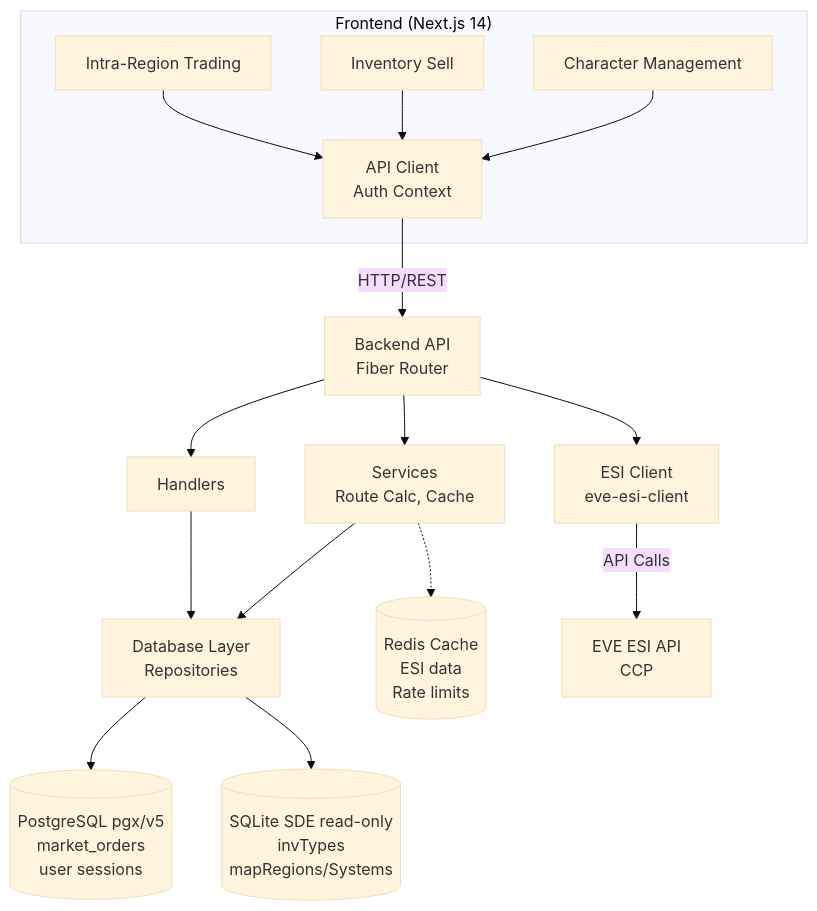
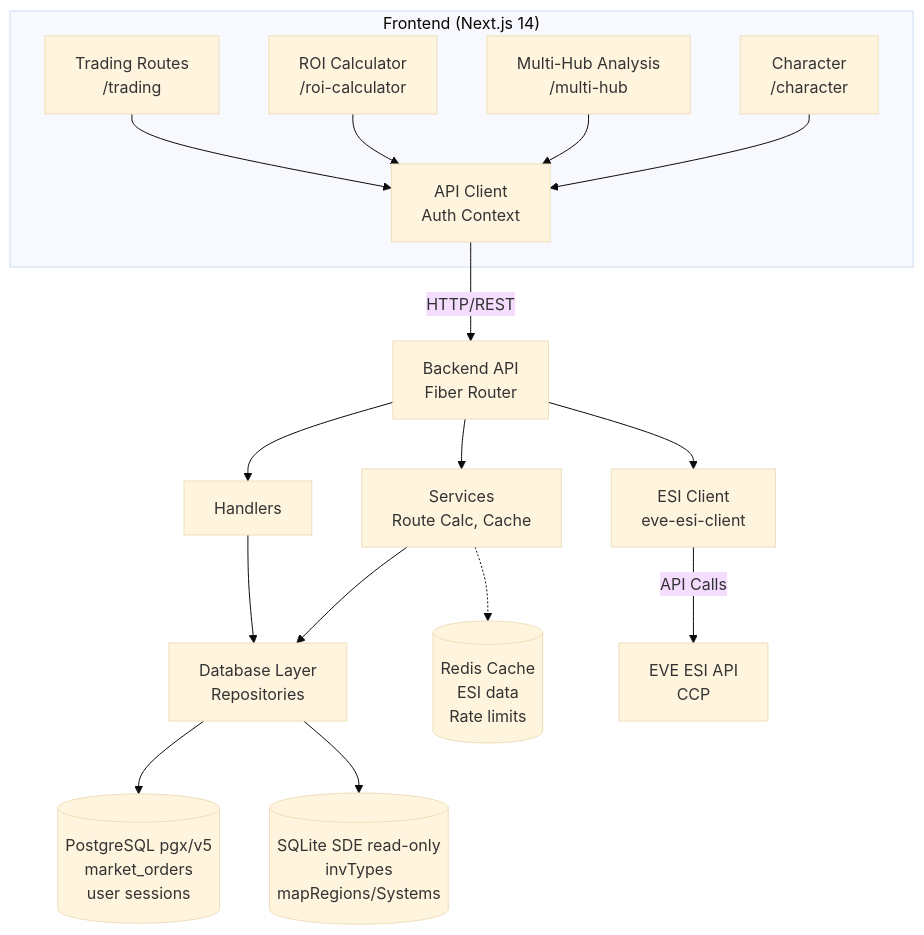
One commit to Sternrassler/eve-o-provit changed the first of 2 diagrams in docs/ARCHITECTURE.md. Above: the diagram before and after it, drawn with Mermaid (base theme).

Commit message:
docs: aktualisiere Frontend-Features im Architektur-Diagramm
Entfernt (zurückgebaut):
- Inventory Sell

Aktualisiert:
- Trading Routes (/trading)
- ROI Calculator (/roi-calculator)
- Multi-Hub Analysis (/multi-hub)
- Character (/character)

Spiegelt aktuelle Frontend-Struktur wider.

````diff
--- a/docs/ARCHITECTURE.md
+++ b/docs/ARCHITECTURE.md
@@ -18,26 +18,28 @@
 ```mermaid
 graph TB
     subgraph Frontend["Frontend (Next.js 14)"]
-        IntraRegion[Intra-Region Trading]
-        InventorySell[Inventory Sell]
-        CharMgmt[Character Management]
-        IntraRegion --> APIClient[API Client<br/>Auth Context]
-        InventorySell --> APIClient
+        Trading[Trading Routes<br/>/trading]
+        ROI[ROI Calculator<br/>/roi-calculator]
+        MultiHub[Multi-Hub Analysis<br/>/multi-hub]
+        CharMgmt[Character<br/>/character]
+        Trading --> APIClient[API Client<br/>Auth Context]
+        ROI --> APIClient
+        MultiHub --> APIClient
         CharMgmt --> APIClient
     end
     
     APIClient -->|HTTP/REST| BackendAPI[Backend API<br/>Fiber Router]
     
     BackendAPI --> Handlers[Handlers]
     BackendAPI --> Services[Services<br/>Route Calc, Cache]
     BackendAPI --> ESIClient[ESI Client<br/>eve-esi-client]
     
     Handlers --> DBLayer[Database Layer<br/>Repositories]
     Services --> DBLayer
     
     DBLayer --> PostgreSQL[(PostgreSQL pgx/v5<br/>market_orders<br/>user sessions)]
     DBLayer --> SQLite[(SQLite SDE read-only<br/>invTypes<br/>mapRegions/Systems)]
     
     Services -.-> Redis[(Redis Cache<br/>ESI data<br/>Rate limits)]
     ESIClient -->|API Calls| ESIAPI[EVE ESI API<br/>CCP]
 ```
````
